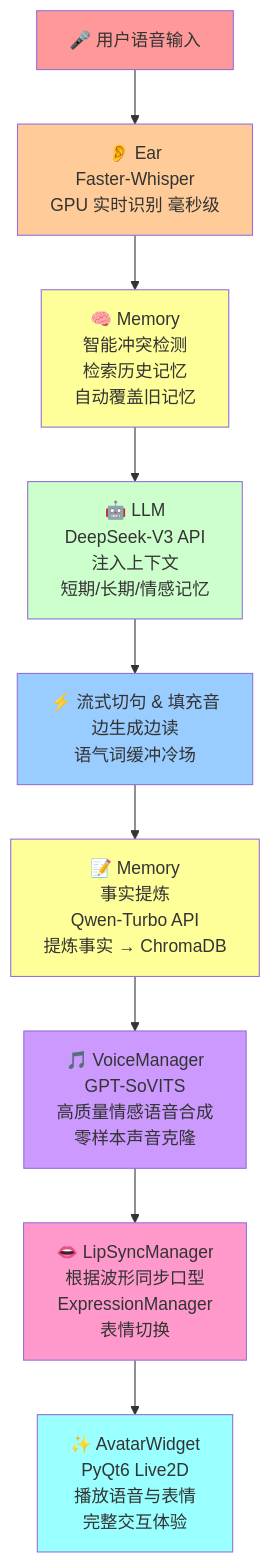
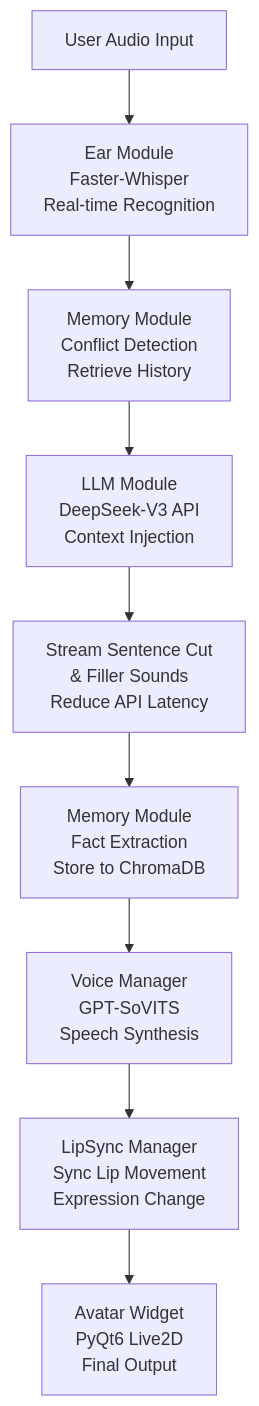
Before and after one commit to Vedaru/vedarublog.github.io: the first of 2 diagrams in src/content/posts/local-project.md, drawn with Mermaid. The commit also changed other lines of this file, not shown here.

````diff
--- a/src/content/posts/local-project.md
+++ b/src/content/posts/local-project.md
@@ -210,21 +210,11 @@
 ```mermaid
 graph TD
-    A["🎤 用户语音输入"] --> B["👂 Ear<br/>Faster-Whisper<br/>GPU 实时识别 毫秒级"]
-    B --> C["🧠 Memory<br/>智能冲突检测<br/>检索历史记忆<br/>自动覆盖旧记忆"]
-    C --> D["🤖 LLM<br/>DeepSeek-V3 API<br/>注入上下文<br/>短期/长期/情感记忆"]
-    D --> E["⚡ 流式切句 & 填充音<br/>边生成边读<br/>语气词缓冲冷场"]
-    E --> F["📝 Memory<br/>事实提炼<br/>Qwen-Turbo API<br/>提炼事实 → ChromaDB"]
-    F --> G["🎵 VoiceManager<br/>GPT-SoVITS<br/>高质量情感语音合成<br/>零样本声音克隆"]
-    G --> H["👄 LipSyncManager<br/>根据波形同步口型<br/>ExpressionManager<br/>表情切换"]
-    H --> I["✨ AvatarWidget<br/>PyQt6 Live2D<br/>播放语音与表情<br/>完整交互体验"]
-    
-    style A fill:#ff9999
-    style B fill:#ffcc99
-    style C fill:#ffff99
-    style D fill:#ccffcc
-    style E fill:#99ccff
-    style F fill:#ffff99
-    style G fill:#cc99ff
-    style H fill:#ff99cc
-    style I fill:#99ffff
+    A["User Audio Input"] --> B["Ear Module<br/>Faster-Whisper<br/>Real-time Recognition"]
+    B --> C["Memory Module<br/>Conflict Detection<br/>Retrieve History"]
+    C --> D["LLM Module<br/>DeepSeek-V3 API<br/>Context Injection"]
+    D --> E["Stream Sentence Cut<br/>& Filler Sounds<br/>Reduce API Latency"]
+    E --> F["Memory Module<br/>Fact Extraction<br/>Store to ChromaDB"]
+    F --> G["Voice Manager<br/>GPT-SoVITS<br/>Speech Synthesis"]
+    G --> H["LipSync Manager<br/>Sync Lip Movement<br/>Expression Change"]
+    H --> I["Avatar Widget<br/>PyQt6 Live2D<br/>Final Output"]
 ```
````
